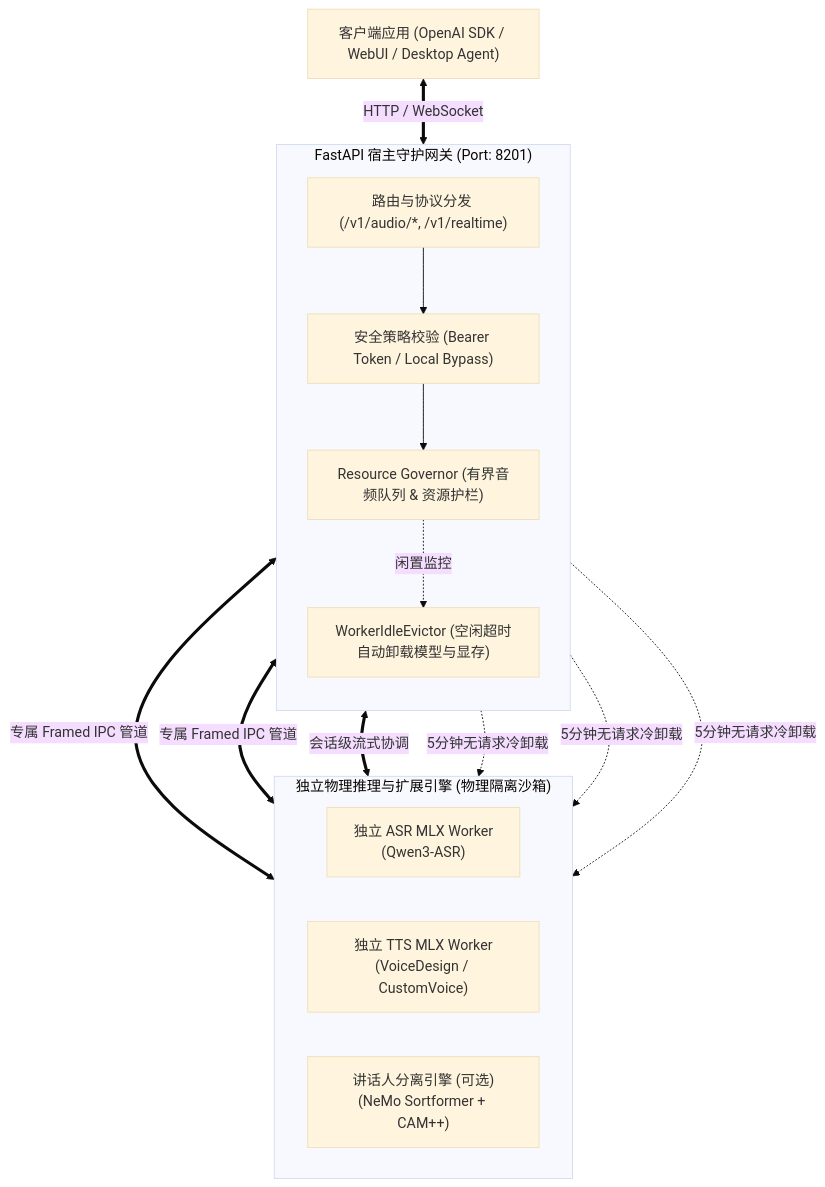
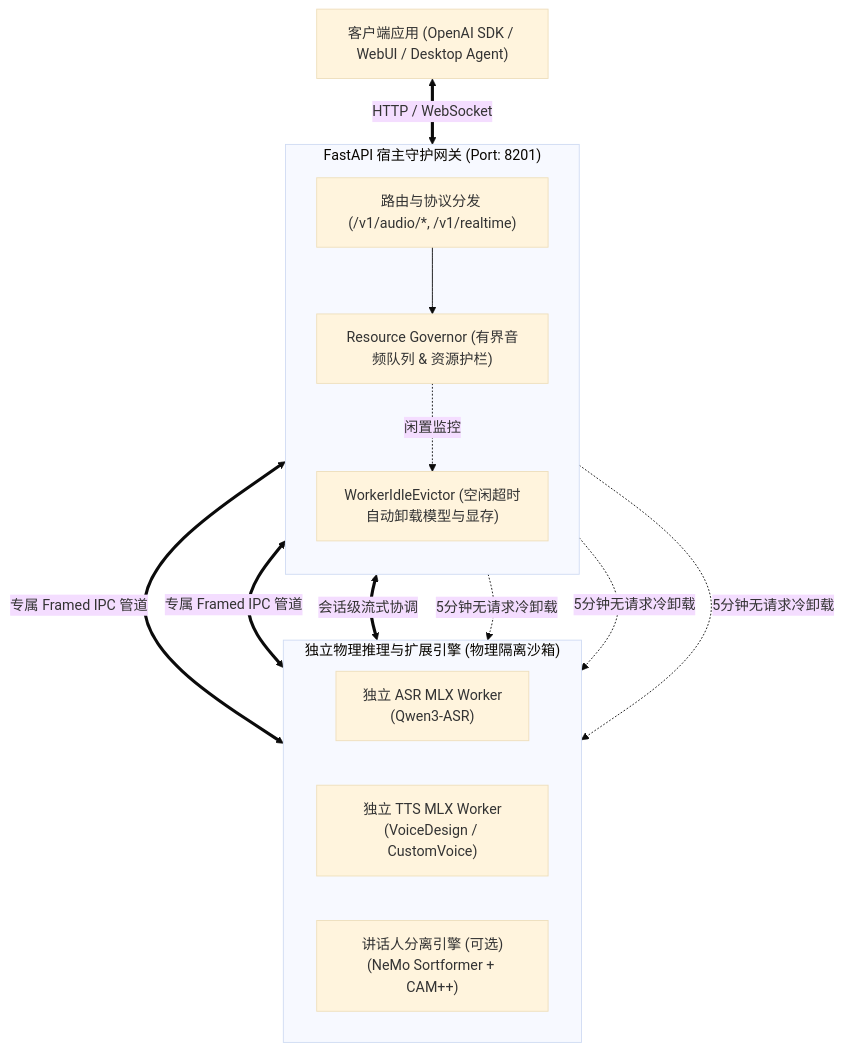
One commit to hrygo/SpeechRail changed the diagram in README.md. Above: the diagram before and after it, drawn with Mermaid (base theme).

Commit message:
docs: remove redundant auth layer from architecture diagram

````diff
--- a/README.md
+++ b/README.md
@@ -304,29 +304,28 @@
 ```mermaid
 flowchart TD
     Client["客户端应用 (OpenAI SDK / WebUI / Desktop Agent)"]
 
     subgraph HostService["FastAPI 宿主守护网关 (Port: 8201)"]
         direction TB
         Router["路由与协议分发 (/v1/audio/*, /v1/realtime)"]
-        Auth["安全策略校验 (Bearer Token / Local Bypass)"]
         Governor["Resource Governor (有界音频队列 & 资源护栏)"]
         Evictor["WorkerIdleEvictor (空闲超时自动卸载模型与显存)"]
-        Router --> Auth --> Governor
+        Router --> Governor
         Governor -. 闲置监控 .-> Evictor
     end
 
     subgraph Workers["独立物理推理与扩展引擎 (物理隔离沙箱)"]
         direction LR
         ASRWorker["独立 ASR MLX Worker\n(Qwen3-ASR)"]
         TTSWorker["独立 TTS MLX Worker\n(VoiceDesign / CustomVoice)"]
         DiarizeEngine["讲话人分离引擎 (可选)\n(NeMo Sortformer + CAM++)"]
     end
 
     Client <== "HTTP / WebSocket" ==> Router
     Governor <== "专属 Framed IPC 管道" ==> ASRWorker
     Governor <== "专属 Framed IPC 管道" ==> TTSWorker
     Governor <== "会话级流式协调" ==> DiarizeEngine
     Evictor -. 5分钟无请求冷卸载 .-> ASRWorker
     Evictor -. 5分钟无请求冷卸载 .-> TTSWorker
     Evictor -. 5分钟无请求冷卸载 .-> DiarizeEngine
 ```
````
